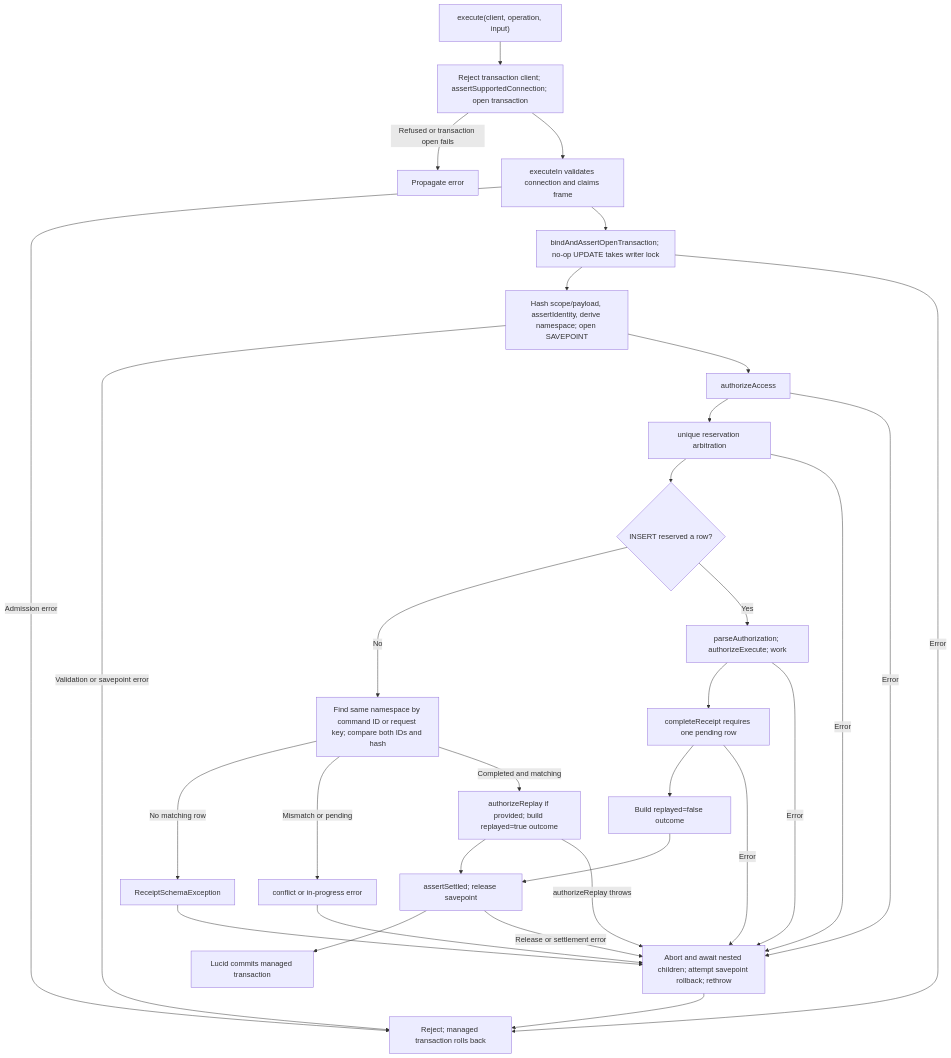
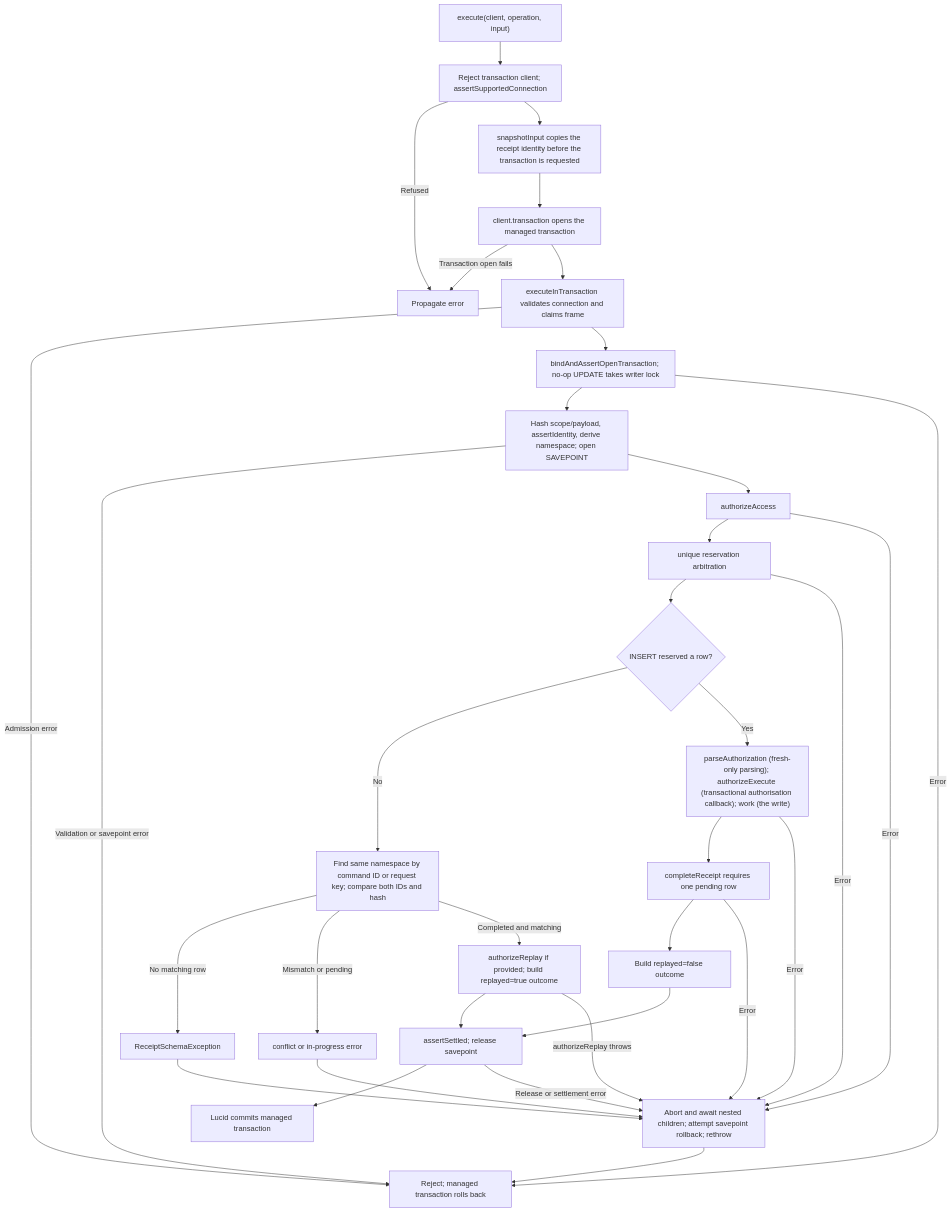
The second of 2 diagrams in user-stories/US-GUARD-01-execute-command.md (Kevinjohn/oss-adonisjs-duplicate-request-guard), drawn with Mermaid before and after one commit. The commit also changed other lines of this file and 11 other files, not shown here.

First line of the commit message:
Align receipt discovery, path diagnostics and operation stages

````diff
--- a/user-stories/US-GUARD-01-execute-command.md
+++ b/user-stories/US-GUARD-01-execute-command.md
@@ -57,33 +57,36 @@
 ```mermaid
 flowchart TD
-    A["execute(client, operation, input)"] --> B["Reject transaction client; assertSupportedConnection; open transaction"]
-    B -->|Refused or transaction open fails| X2["Propagate error"]
-    B --> C["executeIn validates connection and claims frame"]
+    A["execute(client, operation, input)"] --> B["Reject transaction client; assertSupportedConnection"]
+    B -->|Refused| X2["Propagate error"]
+    B --> B2["snapshotInput copies the receipt identity before the transaction is requested"]
+    B2 --> B3["client.transaction opens the managed transaction"]
+    B3 -->|Transaction open fails| X2
+    B3 --> C["executeInTransaction validates connection and claims frame"]
     C -->|Admission error| T
     C --> V["bindAndAssertOpenTransaction; no-op UPDATE takes writer lock"]
     V --> D["Hash scope/payload, assertIdentity, derive namespace; open SAVEPOINT"]
     V -->|Error| T["Reject; managed transaction rolls back"]
     D -->|Validation or savepoint error| T
     D --> D2["authorizeAccess"]
     D2 --> E["unique reservation arbitration"]
     E --> F{"INSERT reserved a row?"}
     E -->|Error| Y
     F -->|No| G["Find same namespace by command ID or request key; compare both IDs and hash"]
     G -->|No matching row| S["ReceiptSchemaException"]
     S --> Y
     G -->|Mismatch or pending| X["conflict or in-progress error"]
     G -->|Completed and matching| L["authorizeReplay if provided; build replayed=true outcome"]
-    F -->|Yes| H["parseAuthorization; authorizeExecute; work"]
+    F -->|Yes| H["parseAuthorization (fresh-only parsing); authorizeExecute (transactional authorisation callback); work (the write)"]
     H --> I["completeReceipt requires one pending row"]
     I --> J["Build replayed=false outcome"]
     L --> K["assertSettled; release savepoint"]
     J --> K
     K --> M["Lucid commits managed transaction"]
     K -->|Release or settlement error| Y
     D2 -->|Error| Y["Abort and await nested children; attempt savepoint rollback; rethrow"]
     X --> Y
     L -->|authorizeReplay throws| Y
     H -->|Error| Y
     I -->|Error| Y
     Y --> T
 ```
````
